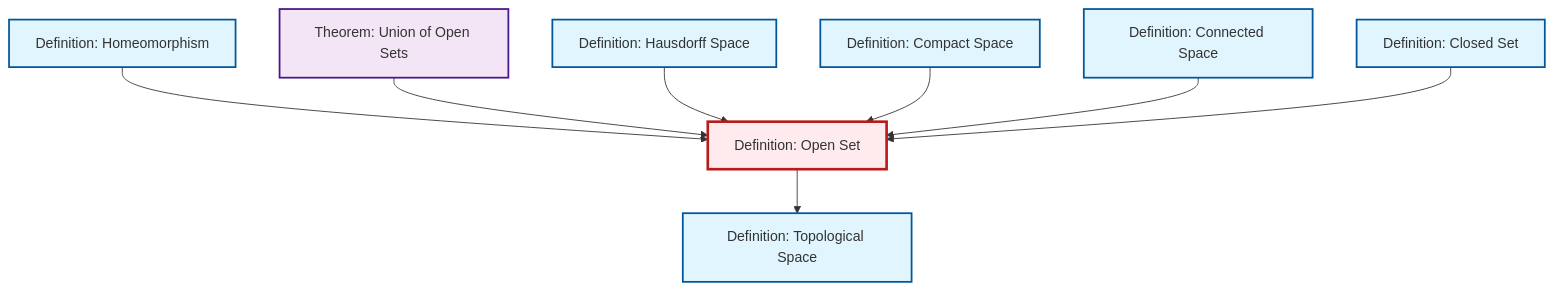
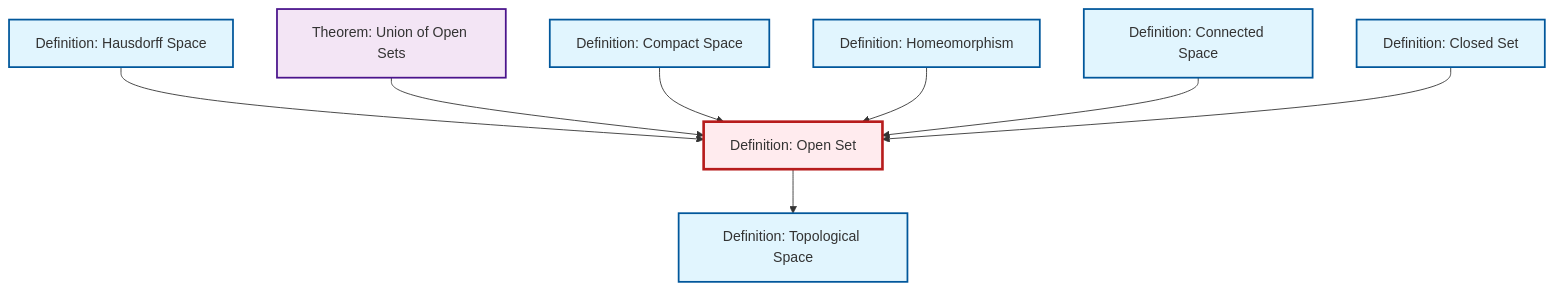
Before and after one commit to RK0429/ModernMath: the diagram in content/en/topology/def-open-set.qmd, drawn with Mermaid. The commit also changed other lines of this file and 654 other files, not shown here.

````diff
--- a/content/en/topology/def-open-set.qmd
+++ b/content/en/topology/def-open-set.qmd
@@ -53,32 +54,32 @@
 ```{mermaid}
 %%| fig-cap: "Local dependency graph"
 graph TD
     classDef definition fill:#e1f5fe,stroke:#01579b,stroke-width:2px
     classDef theorem fill:#f3e5f5,stroke:#4a148c,stroke-width:2px
     classDef axiom fill:#fff3e0,stroke:#e65100,stroke-width:2px
     classDef example fill:#e8f5e9,stroke:#1b5e20,stroke-width:2px
     classDef current fill:#ffebee,stroke:#b71c1c,stroke-width:3px
+    def-connected["Definition: Connected Space"]:::definition
+    thm-union-open-sets["Theorem: Union of Open Sets"]:::theorem
+    def-open-set["Definition: Open Set"]:::definition
+    def-closed-set["Definition: Closed Set"]:::definition
+    def-hausdorff["Definition: Hausdorff Space"]:::definition
     def-homeomorphism["Definition: Homeomorphism"]:::definition
     def-compact["Definition: Compact Space"]:::definition
-    def-hausdorff["Definition: Hausdorff Space"]:::definition
     def-topological-space["Definition: Topological Space"]:::definition
-    thm-union-open-sets["Theorem: Union of Open Sets"]:::theorem
-    def-closed-set["Definition: Closed Set"]:::definition
-    def-open-set["Definition: Open Set"]:::definition
-    def-connected["Definition: Connected Space"]:::definition
+    def-open-set --> def-topological-space
+    def-hausdorff --> def-open-set
+    thm-union-open-sets --> def-open-set
+    def-compact --> def-open-set
     def-homeomorphism --> def-open-set
-    thm-union-open-sets --> def-open-set
-    def-hausdorff --> def-open-set
-    def-open-set --> def-topological-space
-    def-compact --> def-open-set
     def-connected --> def-open-set
     def-closed-set --> def-open-set
     class def-open-set current
+    click def-connected "def-connected.html" "Go to Connected Space definition"
+    click thm-union-open-sets "thm-union-open-sets.html" "Go to Union of Open Sets theorem"
+    click def-closed-set "def-closed-set.html" "Go to Closed Set definition"
+    click def-hausdorff "def-hausdorff.html" "Go to Hausdorff Space definition"
     click def-homeomorphism "def-homeomorphism.html" "Go to Homeomorphism definition"
     click def-compact "def-compact.html" "Go to Compact Space definition"
-    click def-hausdorff "def-hausdorff.html" "Go to Hausdorff Space definition"
     click def-topological-space "def-topological-space.html" "Go to Topological Space definition"
-    click thm-union-open-sets "thm-union-open-sets.html" "Go to Union of Open Sets theorem"
-    click def-closed-set "def-closed-set.html" "Go to Closed Set definition"
-    click def-connected "def-connected.html" "Go to Connected Space definition"
 ```
````
